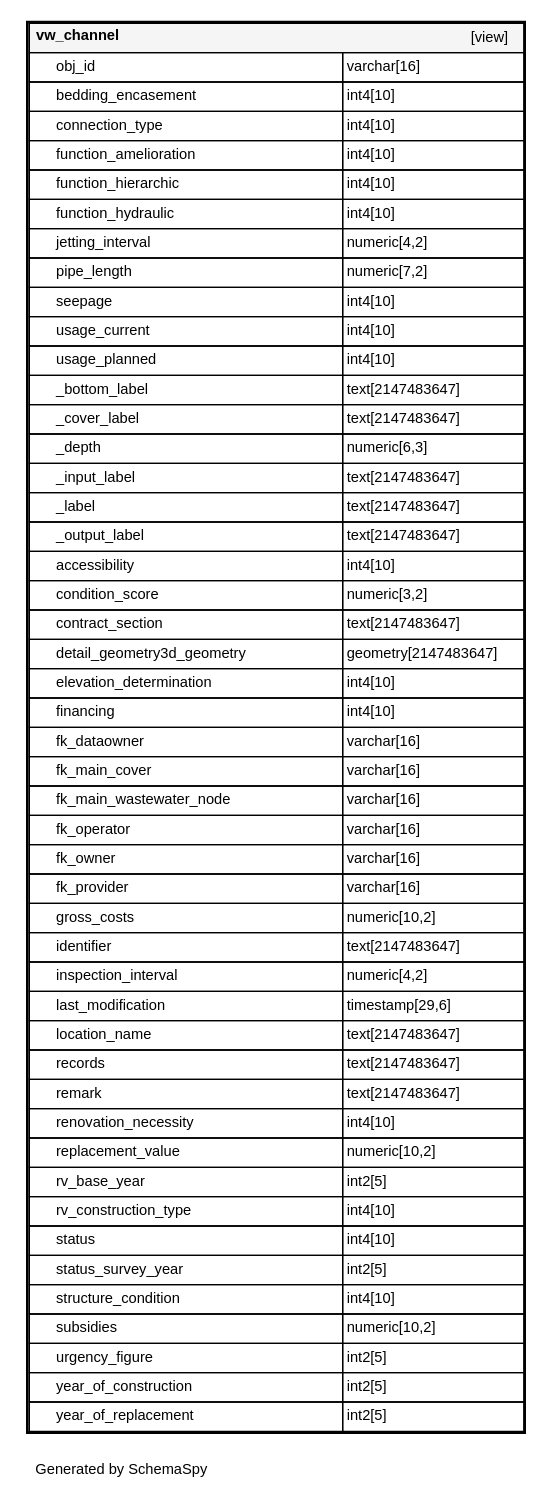
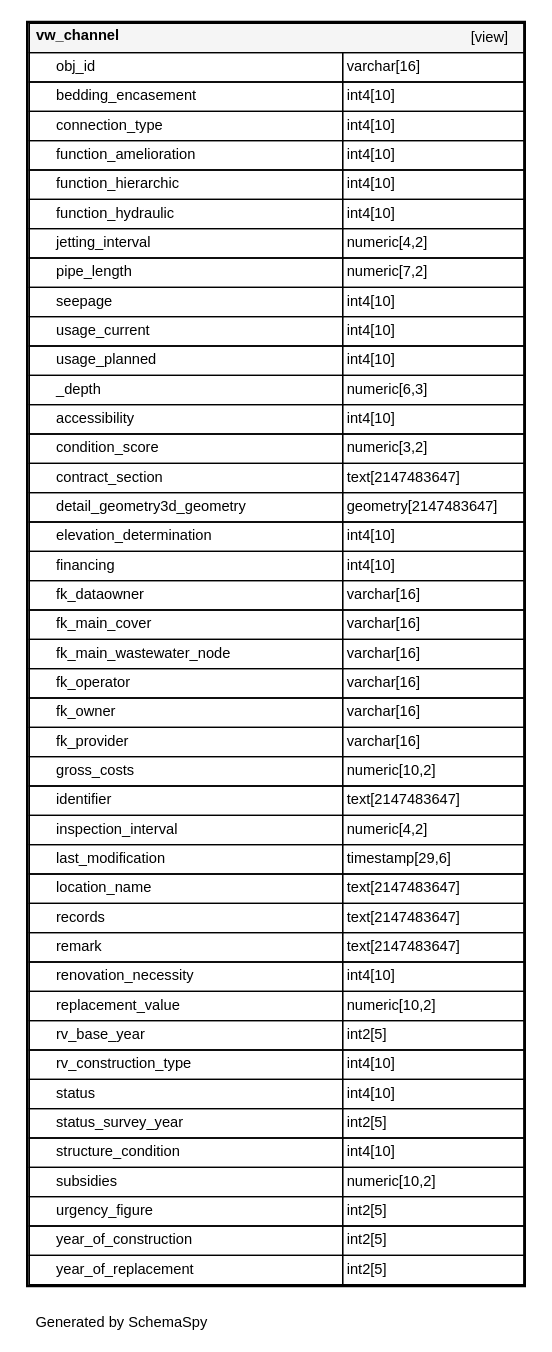
The diagram in de/_static/datamodel/tww_app/diagrams/tables/vw_channel.1degree.dot (teksi/wastewater), drawn with Graphviz before and after one commit. The commit also changed 833 other files, not shown here.

```diff
--- a/de/_static/datamodel/tww_app/diagrams/tables/vw_channel.1degree.dot
+++ b/de/_static/datamodel/tww_app/diagrams/tables/vw_channel.1degree.dot
@@ -15,12 +15,7 @@
       <TR><TD PORT="seepage" COLSPAN="2" ALIGN="LEFT"><TABLE BORDER="0" CELLSPACING="0" ALIGN="LEFT"><TR ALIGN="LEFT"><TD ALIGN="LEFT" FIXEDSIZE="TRUE" WIDTH="15" HEIGHT="16"></TD><TD ALIGN="LEFT" FIXEDSIZE="TRUE" WIDTH="214" HEIGHT="16">seepage</TD></TR></TABLE></TD><TD PORT="seepage.type" ALIGN="LEFT">int4[10]</TD></TR>
       <TR><TD PORT="usage_current" COLSPAN="2" ALIGN="LEFT"><TABLE BORDER="0" CELLSPACING="0" ALIGN="LEFT"><TR ALIGN="LEFT"><TD ALIGN="LEFT" FIXEDSIZE="TRUE" WIDTH="15" HEIGHT="16"></TD><TD ALIGN="LEFT" FIXEDSIZE="TRUE" WIDTH="214" HEIGHT="16">usage_current</TD></TR></TABLE></TD><TD PORT="usage_current.type" ALIGN="LEFT">int4[10]</TD></TR>
       <TR><TD PORT="usage_planned" COLSPAN="2" ALIGN="LEFT"><TABLE BORDER="0" CELLSPACING="0" ALIGN="LEFT"><TR ALIGN="LEFT"><TD ALIGN="LEFT" FIXEDSIZE="TRUE" WIDTH="15" HEIGHT="16"></TD><TD ALIGN="LEFT" FIXEDSIZE="TRUE" WIDTH="214" HEIGHT="16">usage_planned</TD></TR></TABLE></TD><TD PORT="usage_planned.type" ALIGN="LEFT">int4[10]</TD></TR>
-      <TR><TD PORT="_bottom_label" COLSPAN="2" ALIGN="LEFT"><TABLE BORDER="0" CELLSPACING="0" ALIGN="LEFT"><TR ALIGN="LEFT"><TD ALIGN="LEFT" FIXEDSIZE="TRUE" WIDTH="15" HEIGHT="16"></TD><TD ALIGN="LEFT" FIXEDSIZE="TRUE" WIDTH="214" HEIGHT="16">_bottom_label</TD></TR></TABLE></TD><TD PORT="_bottom_label.type" ALIGN="LEFT">text[2147483647]</TD></TR>
-      <TR><TD PORT="_cover_label" COLSPAN="2" ALIGN="LEFT"><TABLE BORDER="0" CELLSPACING="0" ALIGN="LEFT"><TR ALIGN="LEFT"><TD ALIGN="LEFT" FIXEDSIZE="TRUE" WIDTH="15" HEIGHT="16"></TD><TD ALIGN="LEFT" FIXEDSIZE="TRUE" WIDTH="214" HEIGHT="16">_cover_label</TD></TR></TABLE></TD><TD PORT="_cover_label.type" ALIGN="LEFT">text[2147483647]</TD></TR>
       <TR><TD PORT="_depth" COLSPAN="2" ALIGN="LEFT"><TABLE BORDER="0" CELLSPACING="0" ALIGN="LEFT"><TR ALIGN="LEFT"><TD ALIGN="LEFT" FIXEDSIZE="TRUE" WIDTH="15" HEIGHT="16"></TD><TD ALIGN="LEFT" FIXEDSIZE="TRUE" WIDTH="214" HEIGHT="16">_depth</TD></TR></TABLE></TD><TD PORT="_depth.type" ALIGN="LEFT">numeric[6,3]</TD></TR>
-      <TR><TD PORT="_input_label" COLSPAN="2" ALIGN="LEFT"><TABLE BORDER="0" CELLSPACING="0" ALIGN="LEFT"><TR ALIGN="LEFT"><TD ALIGN="LEFT" FIXEDSIZE="TRUE" WIDTH="15" HEIGHT="16"></TD><TD ALIGN="LEFT" FIXEDSIZE="TRUE" WIDTH="214" HEIGHT="16">_input_label</TD></TR></TABLE></TD><TD PORT="_input_label.type" ALIGN="LEFT">text[2147483647]</TD></TR>
-      <TR><TD PORT="_label" COLSPAN="2" ALIGN="LEFT"><TABLE BORDER="0" CELLSPACING="0" ALIGN="LEFT"><TR ALIGN="LEFT"><TD ALIGN="LEFT" FIXEDSIZE="TRUE" WIDTH="15" HEIGHT="16"></TD><TD ALIGN="LEFT" FIXEDSIZE="TRUE" WIDTH="214" HEIGHT="16">_label</TD></TR></TABLE></TD><TD PORT="_label.type" ALIGN="LEFT">text[2147483647]</TD></TR>
-      <TR><TD PORT="_output_label" COLSPAN="2" ALIGN="LEFT"><TABLE BORDER="0" CELLSPACING="0" ALIGN="LEFT"><TR ALIGN="LEFT"><TD ALIGN="LEFT" FIXEDSIZE="TRUE" WIDTH="15" HEIGHT="16"></TD><TD ALIGN="LEFT" FIXEDSIZE="TRUE" WIDTH="214" HEIGHT="16">_output_label</TD></TR></TABLE></TD><TD PORT="_output_label.type" ALIGN="LEFT">text[2147483647]</TD></TR>
       <TR><TD PORT="accessibility" COLSPAN="2" ALIGN="LEFT"><TABLE BORDER="0" CELLSPACING="0" ALIGN="LEFT"><TR ALIGN="LEFT"><TD ALIGN="LEFT" FIXEDSIZE="TRUE" WIDTH="15" HEIGHT="16"></TD><TD ALIGN="LEFT" FIXEDSIZE="TRUE" WIDTH="214" HEIGHT="16">accessibility</TD></TR></TABLE></TD><TD PORT="accessibility.type" ALIGN="LEFT">int4[10]</TD></TR>
       <TR><TD PORT="condition_score" COLSPAN="2" ALIGN="LEFT"><TABLE BORDER="0" CELLSPACING="0" ALIGN="LEFT"><TR ALIGN="LEFT"><TD ALIGN="LEFT" FIXEDSIZE="TRUE" WIDTH="15" HEIGHT="16"></TD><TD ALIGN="LEFT" FIXEDSIZE="TRUE" WIDTH="214" HEIGHT="16">condition_score</TD></TR></TABLE></TD><TD PORT="condition_score.type" ALIGN="LEFT">numeric[3,2]</TD></TR>
       <TR><TD PORT="contract_section" COLSPAN="2" ALIGN="LEFT"><TABLE BORDER="0" CELLSPACING="0" ALIGN="LEFT"><TR ALIGN="LEFT"><TD ALIGN="LEFT" FIXEDSIZE="TRUE" WIDTH="15" HEIGHT="16"></TD><TD ALIGN="LEFT" FIXEDSIZE="TRUE" WIDTH="214" HEIGHT="16">contract_section</TD></TR></TABLE></TD><TD PORT="contract_section.type" ALIGN="LEFT">text[2147483647]</TD></TR>
```
